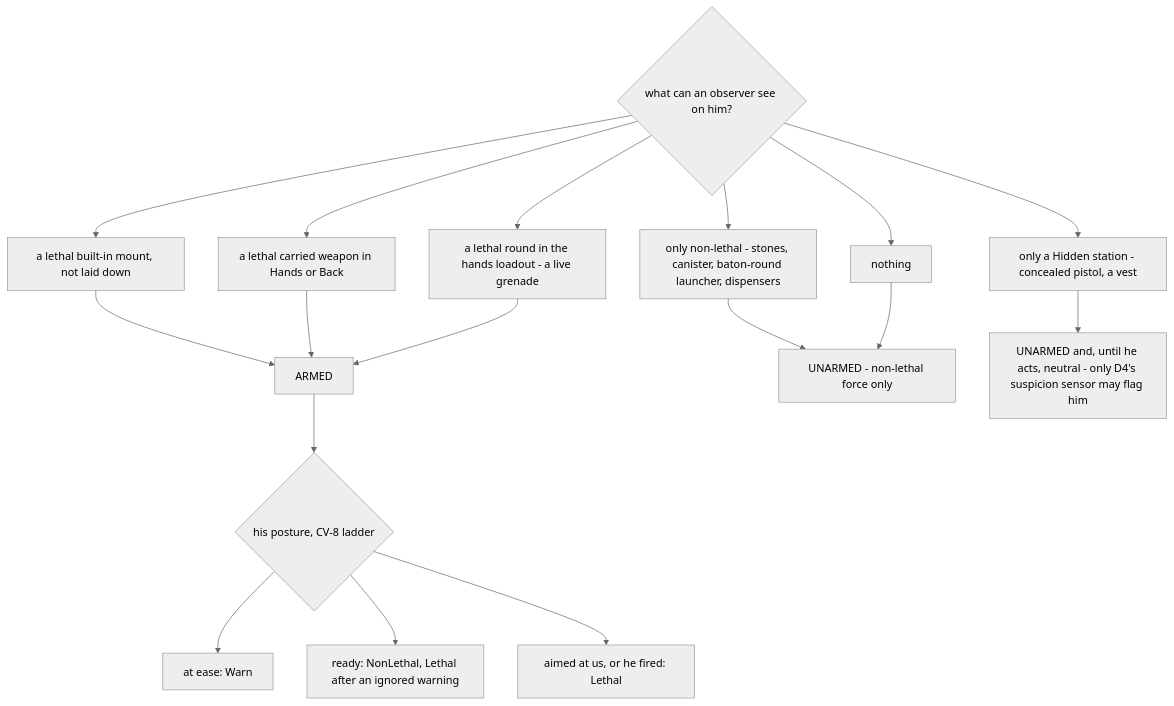
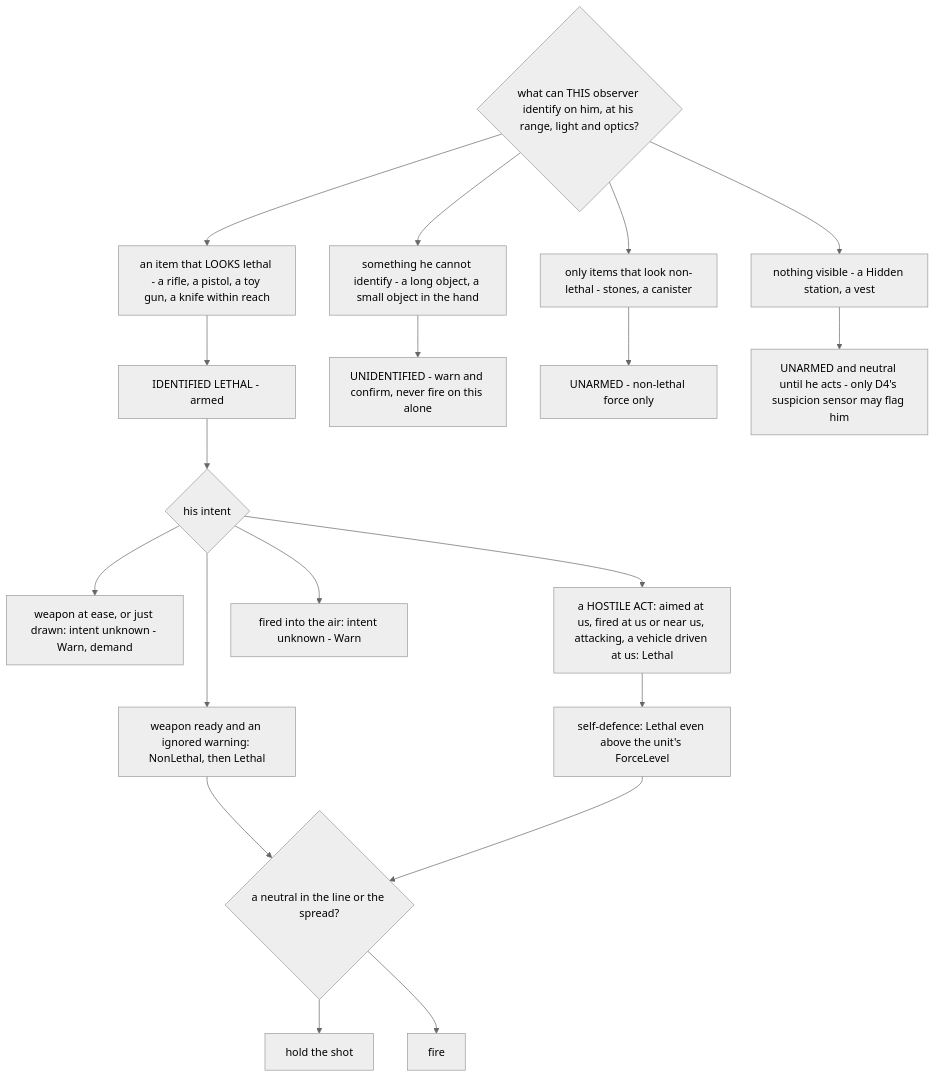
Diagram 24 of 42 in docs/DESIGN_Civilians_And_Crowd_Control.md (pjanec/HROT), drawn with Mermaid (neutral theme) before and after one commit. The commit also changed other lines of this file and 3 other files, not shown here.

````diff
--- a/docs/DESIGN_Civilians_And_Crowd_Control.md
+++ b/docs/DESIGN_Civilians_And_Crowd_Control.md
@@ -930,19 +943,21 @@
 ```mermaid
 graph TD
-  Q{what can an observer see on him?} --> A[a lethal built-in mount, not laid down]
-  Q --> B[a lethal carried weapon in Hands or Back]
-  Q --> C[a lethal round in the hands loadout - a live grenade]
-  Q --> D[only non-lethal - stones, canister, baton-round launcher, dispensers]
-  Q --> E[only a Hidden station - concealed pistol, a vest]
-  Q --> F[nothing]
-  A --> ARMED[ARMED]
-  B --> ARMED
-  C --> ARMED
+  Q{what can THIS observer identify on him, at his range, light and optics?} --> A[an item that LOOKS lethal - a rifle, a pistol, a toy gun, a knife within reach]
+  Q --> U[something he cannot identify - a long object, a small object in the hand]
+  Q --> D[only items that look non-lethal - stones, a canister]
+  Q --> E[nothing visible - a Hidden station, a vest]
+  A --> ID[IDENTIFIED LETHAL - armed]
+  U --> UNK[UNIDENTIFIED - warn and confirm, never fire on this alone]
   D --> UN[UNARMED - non-lethal force only]
-  E --> UN2[UNARMED and, until he acts, neutral - only D4's suspicion sensor may flag him]
-  F --> UN
-  ARMED --> L{his posture, CV-8 ladder}
-  L --> W[at ease: Warn]
-  L --> N[ready: NonLethal, Lethal after an ignored warning]
-  L --> LL[aimed at us, or he fired: Lethal]
+  E --> UN2[UNARMED and neutral until he acts - only D4's suspicion sensor may flag him]
+  ID --> I{his intent}
+  I --> AE[weapon at ease, or just drawn: intent unknown - Warn, demand]
+  I --> RD[weapon ready and an ignored warning: NonLethal, then Lethal]
+  I --> HA[a HOSTILE ACT: aimed at us, fired at us or near us, attacking, a vehicle driven at us: Lethal]
+  I --> AIR[fired into the air: intent unknown - Warn]
+  HA --> SD[self-defence: Lethal even above the unit's ForceLevel]
+  RD --> NL{a neutral in the line or the spread?}
+  SD --> NL
+  NL --> HOLD[hold the shot]
+  NL --> FIRE[fire]
 ```
````
